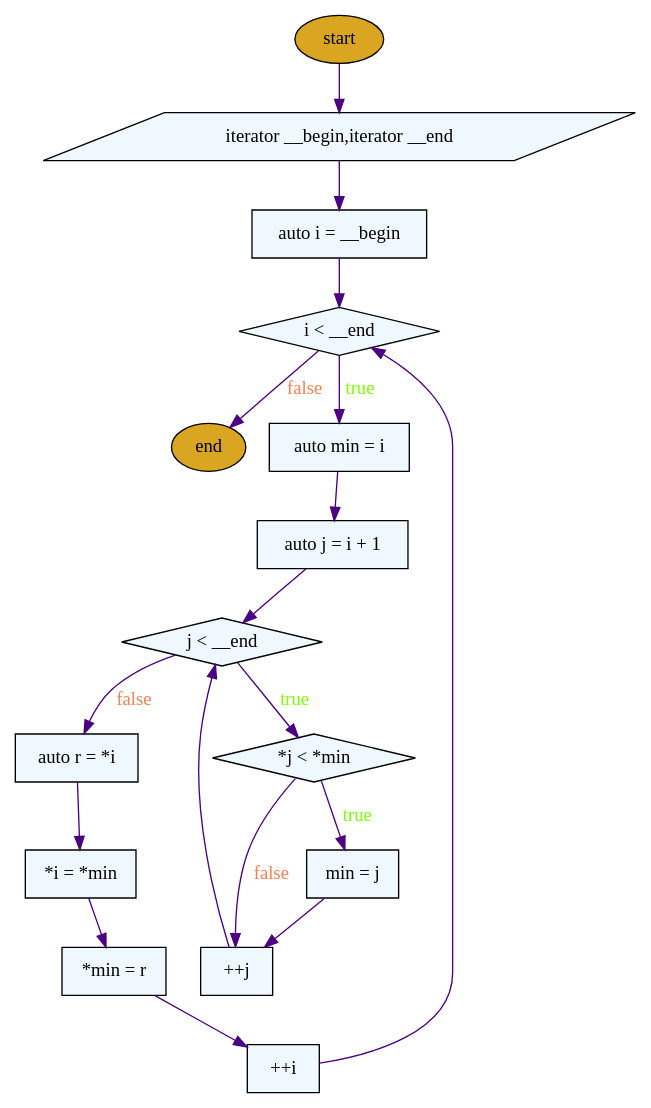
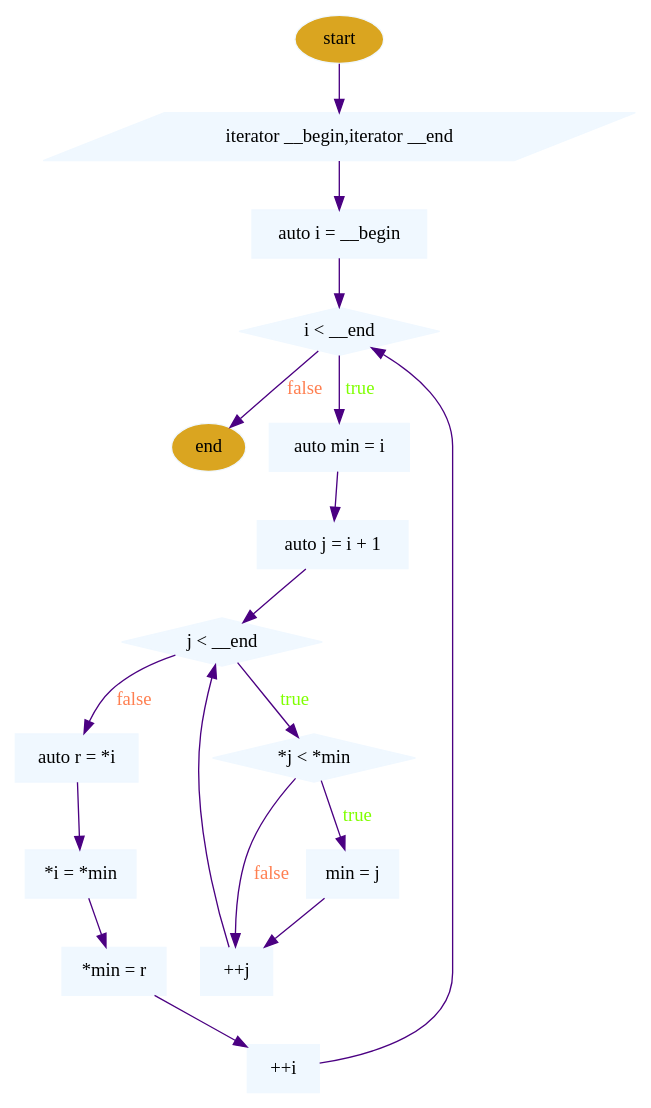
The diagram in dot/SelectionSort.dot (letbe/elementary), drawn with Graphviz before and after one commit.

```diff
--- a/dot/SelectionSort.dot
+++ b/dot/SelectionSort.dot
@@ -1,41 +1,41 @@
 digraph SelectionSort {
-	node [shape = box,style = filled,fillcolor = aliceblue];
+	node [shape = box,style = filled,fillcolor = aliceblue,color = aliceblue];
 	edge [color = indigo];
 	start -> input -> loop_step1;
 	start [shape = ellipse,fillcolor = goldenrod];
 	input [shape = parallelogram,label = "iterator __begin,iterator __end"];
 	end [shape = ellipse,fillcolor = goldenrod]; 
 	subgraph loop {
 		loop_step1 -> loop_step2;
 		loop_step2 -> loop_step3 [fontcolor = chartreuse,label = "true"];
 		loop_step2 -> end [fontcolor = coral,label = "false"];
 		loop_step3 -> loop2_step1;
 		loop_step4 -> loop_step2;
 		loop_step1 [label = "auto i = __begin"];
 		loop_step2 [shape = diamond,label = "i < __end"];
 		loop_step3 [label = "auto min = i"];
 		loop_step4 [label = "++i"];
 	}
 		
 	subgraph loop2 {
 		loop2_step1 -> loop2_step2;
 		loop2_step2 -> loop2_step3 [fontcolor = chartreuse,label = "true"];
 		loop2_step2 -> swap_step1 [fontcolor = coral,label = "false"];
 		loop2_step3 -> loop2_step4 [fontcolor = chartreuse,label = "true"];
 		loop2_step3 -> loop2_step5 [fontcolor = coral,label = "false"];
 		loop2_step4 -> loop2_step5;
 		loop2_step5 -> loop2_step2;
 		loop2_step1 [label = "auto j = i + 1"];
 		loop2_step2 [shape = diamond,label = "j < __end"];
 		loop2_step3 [shape = diamond,label = "*j < *min"];
 		loop2_step4 [label = "min = j"];
 		loop2_step5 [label = "++j"];
 	}
 
 	subgraph swap {
 		swap_step1 -> swap_step2 -> swap_step3 -> loop_step4;
 		swap_step1 [label = "auto r = *i"];
 		swap_step2 [label = "*i = *min"];
 		swap_step3 [label = "*min = r"];
 	}
 }
```
